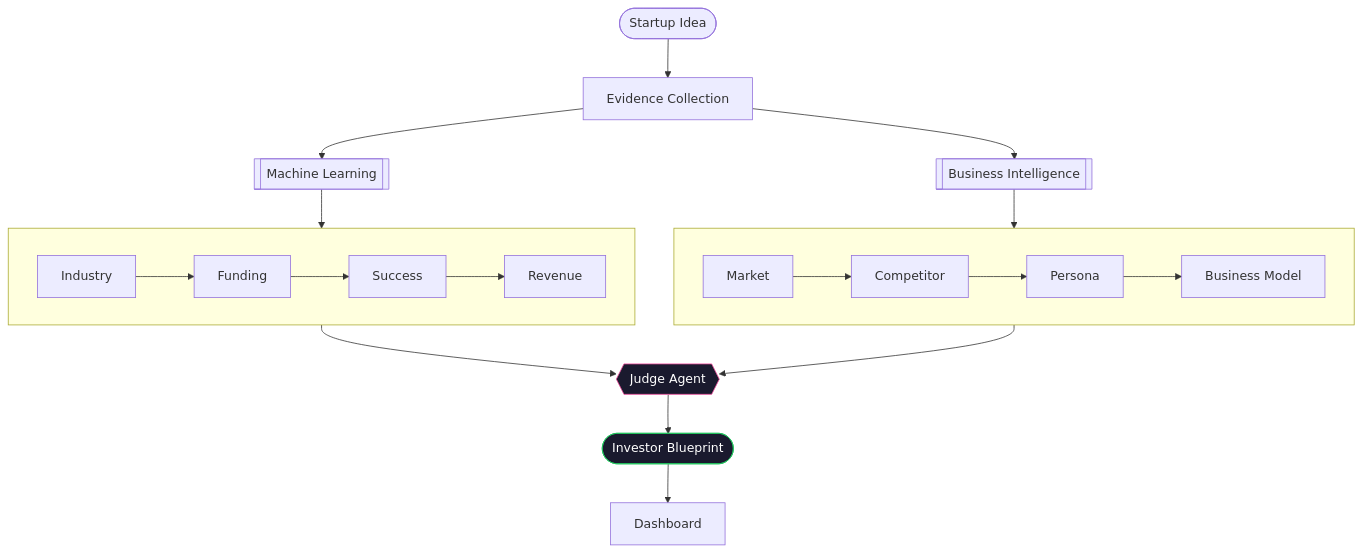
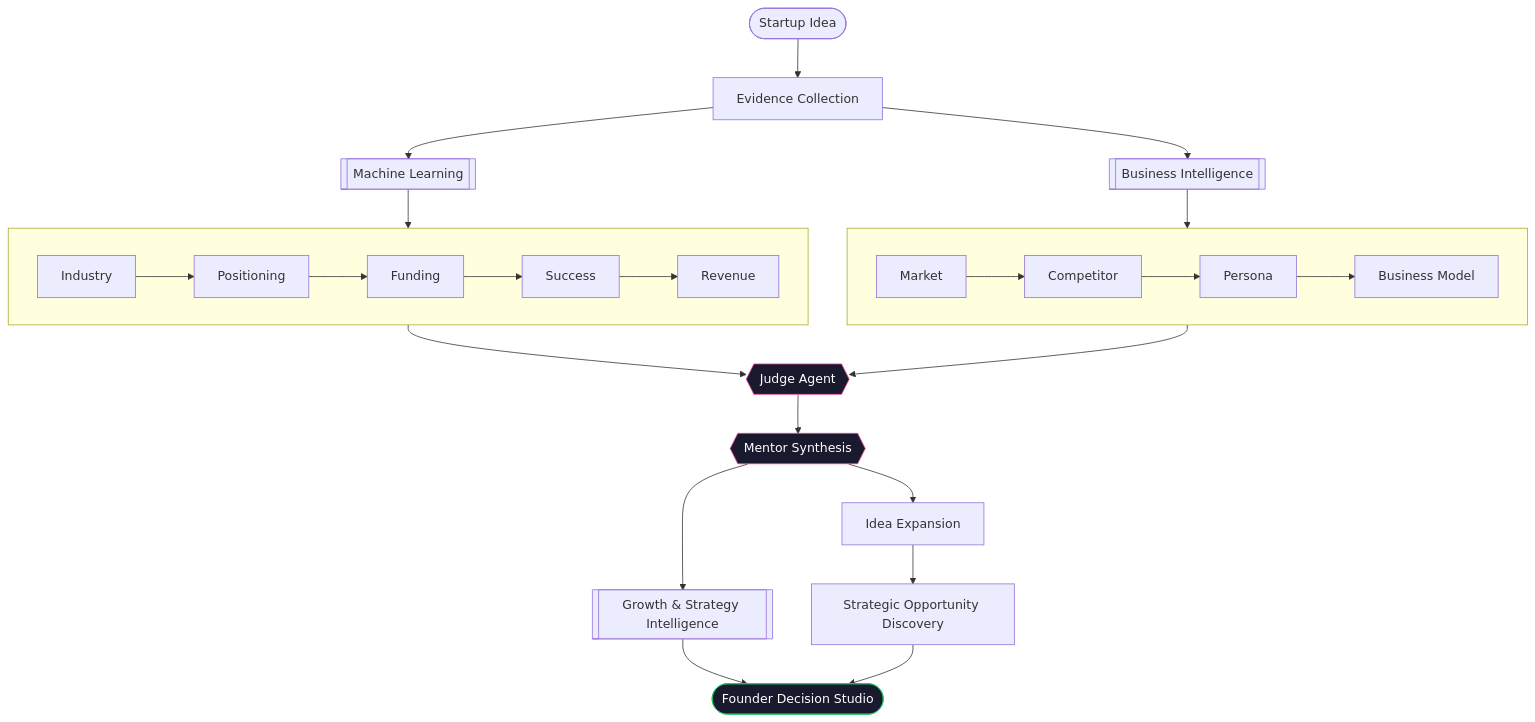
Before and after one commit to DivyaShreeS09/VentureForge-AI: the second of 4 diagrams in README.md, drawn with Mermaid. The commit also changed other lines of this file and 148 other files, not shown here.

Commit message:
Add founder guidance, idea expansion, strategic opportunities, decision studio, and growth intelligence

````diff
--- a/README.md
+++ b/README.md
@@ -91,26 +95,30 @@
 ```mermaid
 flowchart TD
     IDEA([Startup Idea]) --> DATA[Evidence Collection]
 
     DATA --> MLL[["Machine Learning"]]
     DATA --> BIL[["Business Intelligence"]]
 
     subgraph ML[" "]
         direction LR
-        ML1[Industry] --> ML2[Funding] --> ML3[Success] --> ML4[Revenue]
+        ML1[Industry] --> ML2[Positioning] --> ML3[Funding] --> ML4[Success] --> ML5[Revenue]
     end
 
     subgraph BI[" "]
         direction LR
         BI1[Market] --> BI2[Competitor] --> BI3[Persona] --> BI4[Business Model]
     end
 
     MLL --> ML --> JUDGE
     BIL --> BI --> JUDGE
 
-    JUDGE{{Judge Agent}} --> BLUEPRINT([Investor Blueprint])
-    BLUEPRINT --> DASH[Dashboard]
+    JUDGE{{Judge Agent}} --> MENTOR{{Mentor Synthesis}}
+    MENTOR --> GROWTH[["Growth & Strategy Intelligence"]]
+    MENTOR --> EXPAND[Idea Expansion] --> STRAT[Strategic Opportunity Discovery]
+    GROWTH --> STUDIO([Founder Decision Studio])
+    STRAT --> STUDIO
 
     style JUDGE fill:#1a1a2e,stroke:#ec4899,color:#fff
-    style BLUEPRINT fill:#1a1a2e,stroke:#22c55e,color:#fff
+    style MENTOR fill:#1a1a2e,stroke:#ec4899,color:#fff
+    style STUDIO fill:#1a1a2e,stroke:#22c55e,color:#fff
 ```
````
